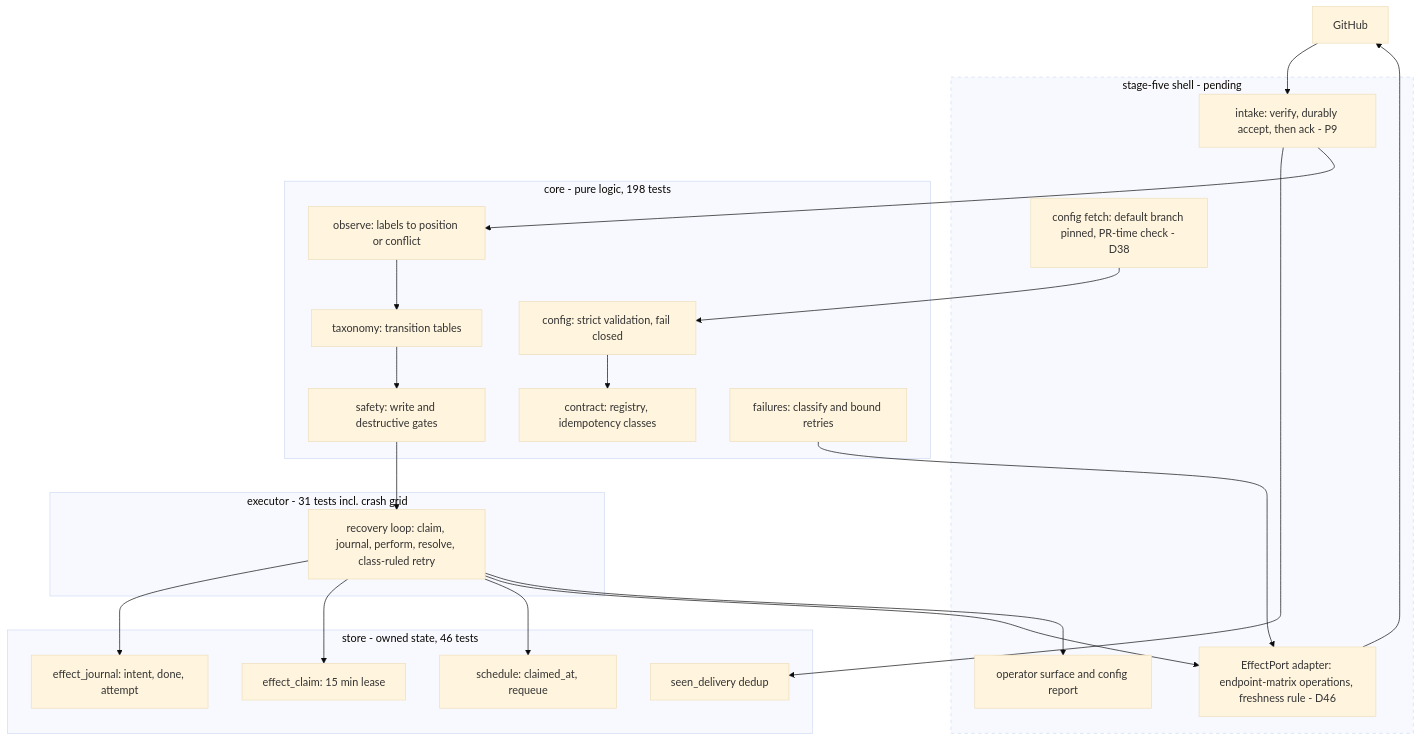
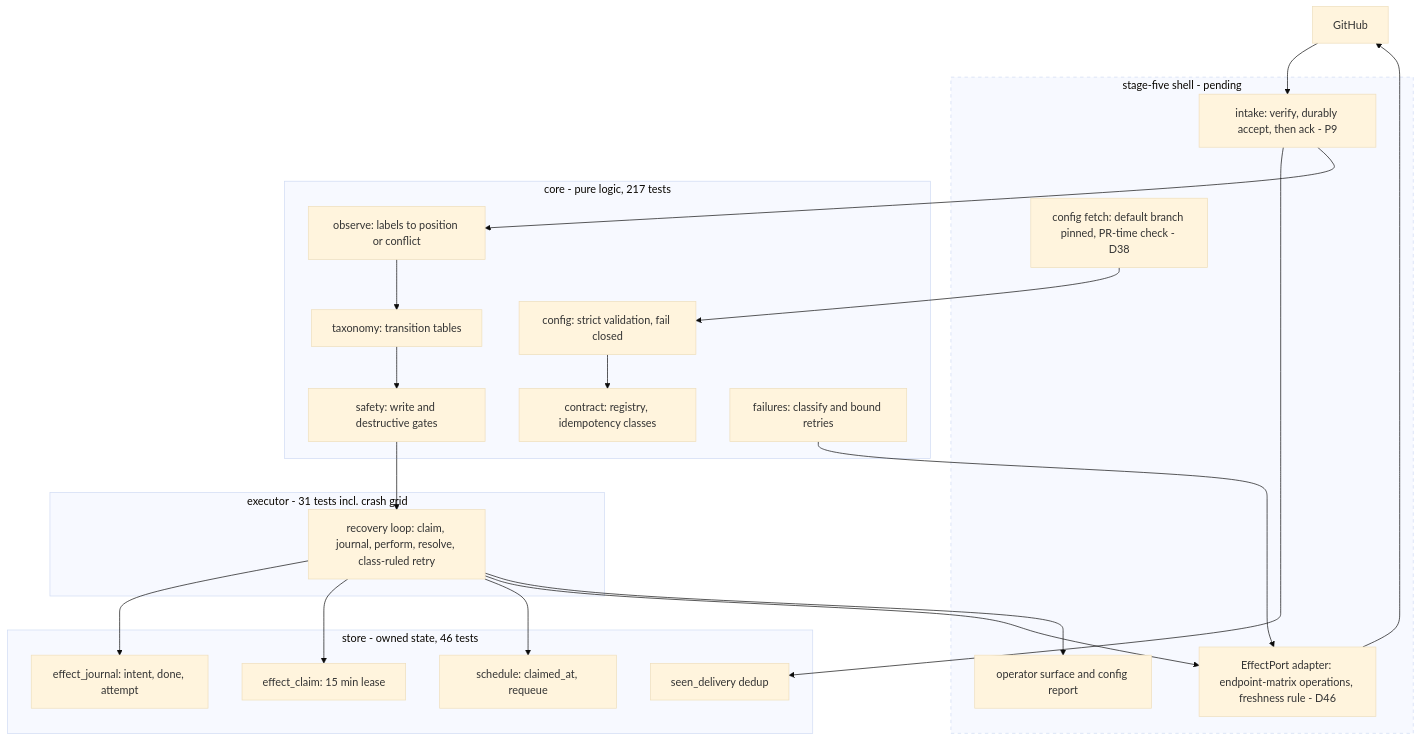
One commit to cheese-cakee/sdk-automations changed the second of 2 diagrams in design/architecture.md. Above: the diagram before and after it, drawn with Mermaid (base theme). The commit also changed 17 other files, not shown here.

````diff
--- a/design/architecture.md
+++ b/design/architecture.md
@@ -65,38 +65,38 @@
 ```mermaid
 flowchart TB
     GH["GitHub"]
     subgraph SHELL["stage-five shell - pending"]
         IN["intake: verify, durably accept, then ack - P9"]
         CFGF["config fetch: default branch pinned, PR-time check - D38"]
         PORT["EffectPort adapter: endpoint-matrix operations, freshness rule - D46"]
         OPS["operator surface and config report"]
     end
-    subgraph CORE["core - pure logic, 198 tests"]
+    subgraph CORE["core - pure logic, 217 tests"]
         CFG["config: strict validation, fail closed"]
         REG["contract: registry, idempotency classes"]
         OBS["observe: labels to position or conflict"]
         TX["taxonomy: transition tables"]
         SAFE["safety: write and destructive gates"]
         FAILC["failures: classify and bound retries"]
     end
     subgraph STORE["store - owned state, 46 tests"]
         SEEN["seen_delivery dedup"]
         JRN["effect_journal: intent, done, attempt"]
         CLM["effect_claim: 15 min lease"]
         SCH["schedule: claimed_at, requeue"]
     end
     subgraph EXECP["executor - 31 tests incl. crash grid"]
         LOOP["recovery loop: claim, journal, perform, resolve, class-ruled retry"]
     end
     GH --> IN --> SEEN
     IN --> OBS
     CFGF --> CFG --> REG
     OBS --> TX --> SAFE --> LOOP
     LOOP --> JRN
     LOOP --> CLM
     LOOP --> SCH
     LOOP --> PORT --> GH
     FAILC --> PORT
     LOOP --> OPS
     style SHELL stroke-dasharray: 5 5
 ```
````
